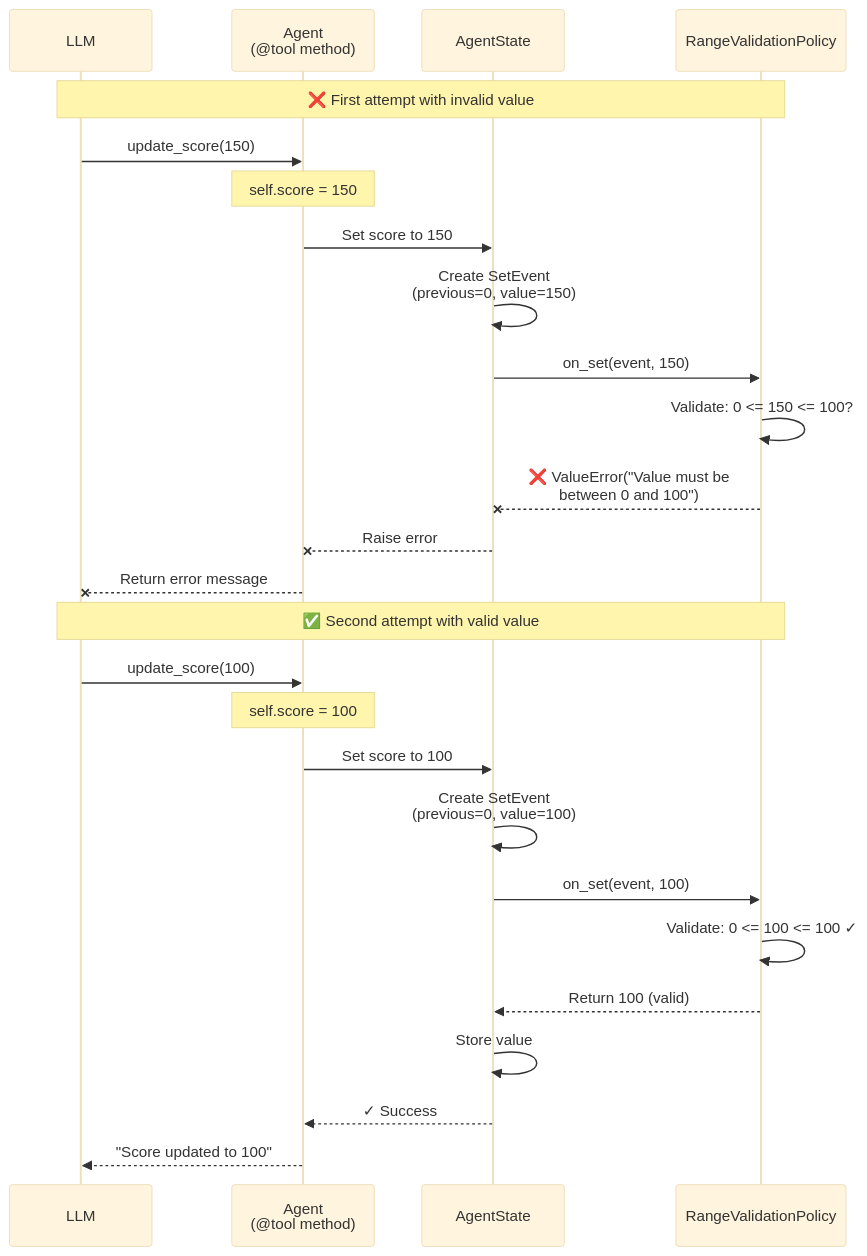
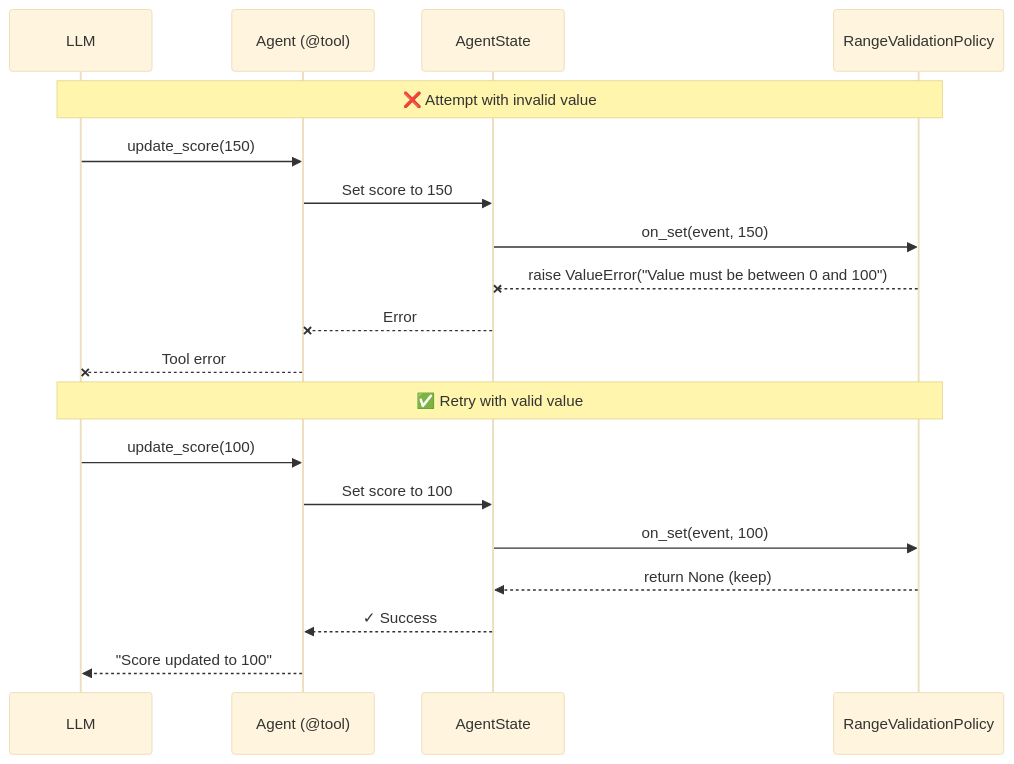
Before and after one commit to rmikulec/pyAgentic: the second of 2 diagrams in docs/policies.md, drawn with Mermaid (base theme). The commit also changed other lines of this file, not shown here.

````diff
--- a/docs/policies.md
+++ b/docs/policies.md
@@ -263,32 +262,25 @@
 ```mermaid
 sequenceDiagram
     participant LLM
-    participant Agent as Agent<br/>(@tool method)
-    participant AgentState
+    participant Agent as Agent (@tool)
+    participant State as AgentState
     participant Policy as RangeValidationPolicy
 
-    Note over LLM,Policy: ❌ First attempt with invalid value
+    Note over LLM,Policy: ❌ Attempt with invalid value
 
     LLM->>Agent: update_score(150)
-    Note over Agent: self.score = 150
-    Agent->>AgentState: Set score to 150
-    AgentState->>AgentState: Create SetEvent<br/>(previous=0, value=150)
-    AgentState->>Policy: on_set(event, 150)
-    Policy->>Policy: Validate: 0 <= 150 <= 100?
-    Policy--xAgentState: ❌ ValueError("Value must be<br/>between 0 and 100")
-    AgentState--xAgent: Raise error
-    Agent--xLLM: Return error message
+    Agent->>State: Set score to 150
+    State->>Policy: on_set(event, 150)
+    Policy--xState: raise ValueError("Value must be between 0 and 100")
+    State--xAgent: Error
+    Agent--xLLM: Tool error
 
-    Note over LLM,Policy: ✅ Second attempt with valid value
+    Note over LLM,Policy: ✅ Retry with valid value
 
     LLM->>Agent: update_score(100)
-    Note over Agent: self.score = 100
-    Agent->>AgentState: Set score to 100
-    AgentState->>AgentState: Create SetEvent<br/>(previous=0, value=100)
-    AgentState->>Policy: on_set(event, 100)
-    Policy->>Policy: Validate: 0 <= 100 <= 100 ✓
-    Policy-->>AgentState: Return 100 (valid)
-    AgentState->>AgentState: Store value
-    AgentState-->>Agent: ✓ Success
+    Agent->>State: Set score to 100
+    State->>Policy: on_set(event, 100)
+    Policy-->>State: return None (keep)
+    State-->>Agent: ✓ Success
     Agent-->>LLM: "Score updated to 100"
 ```
````
